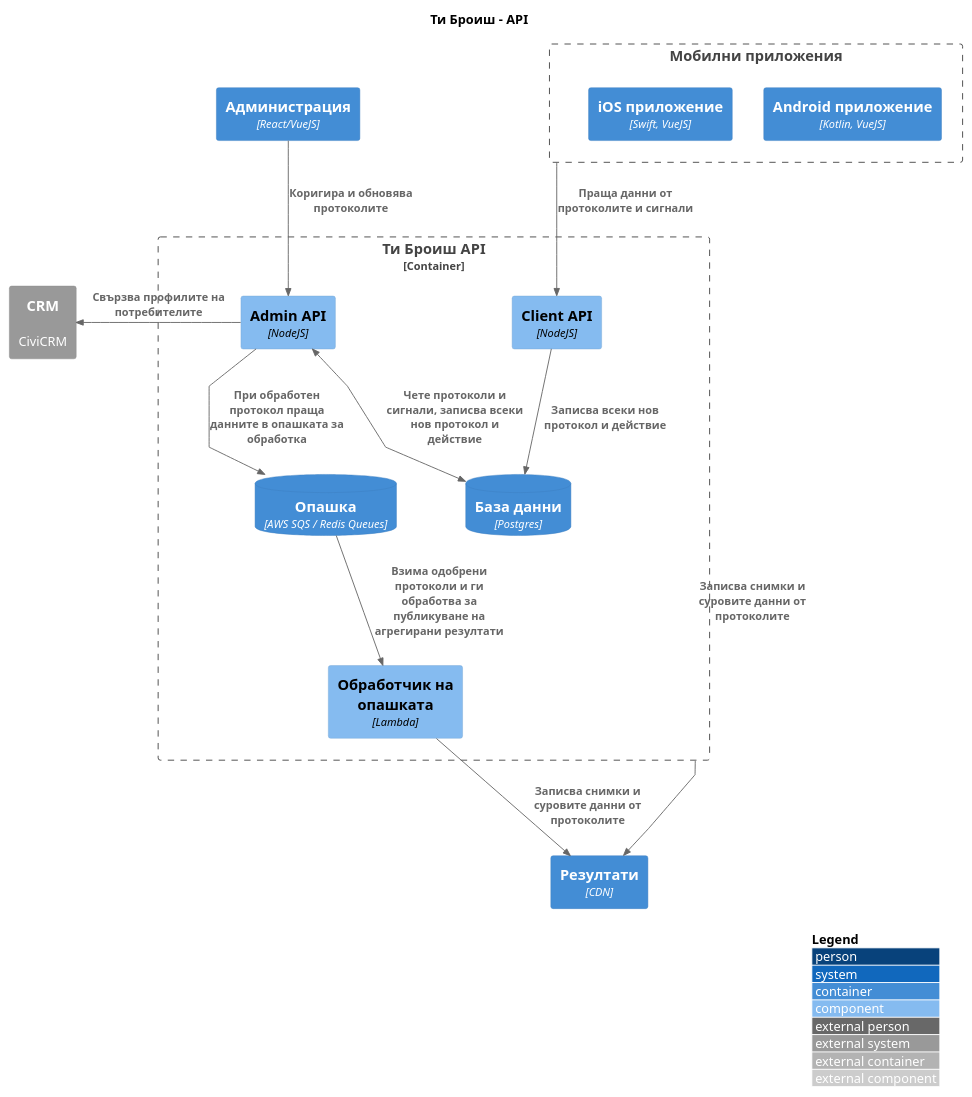
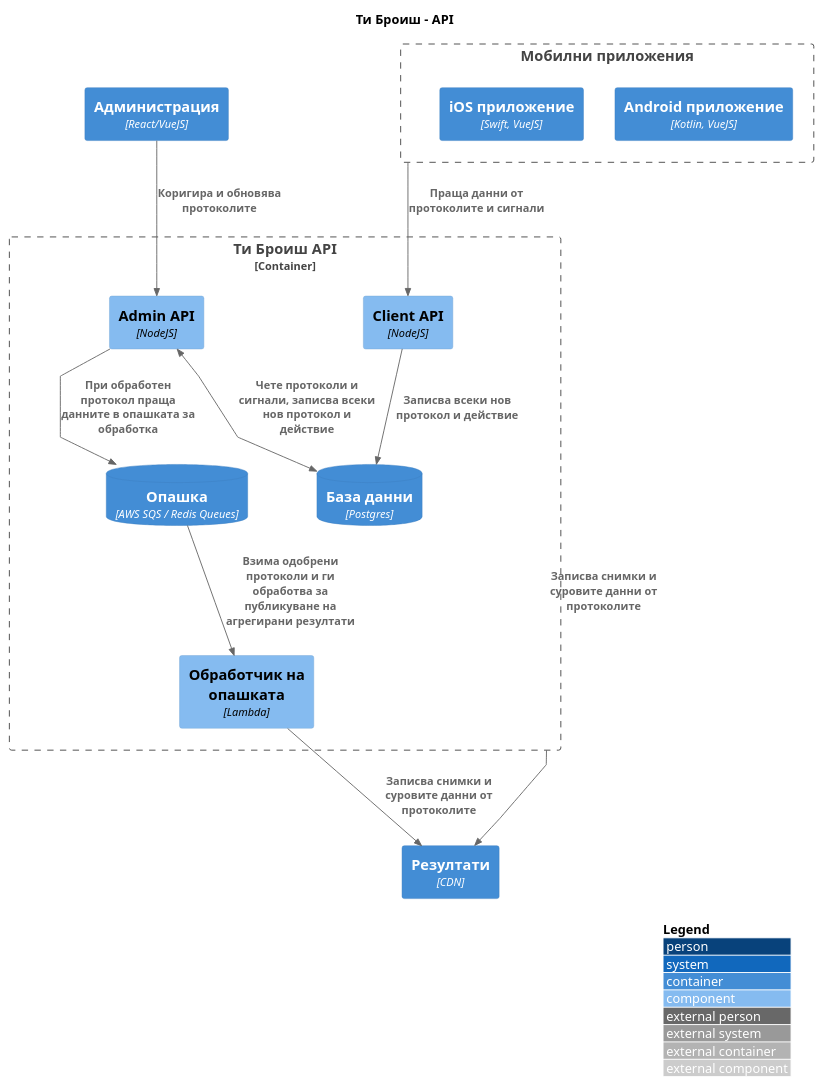
Before and after one commit to ti-broish/docs: the diagram in src/Контекст/Ти Броиш/API/1.api.puml, drawn with PlantUML. The commit also changed 3 other files, not shown here.

```diff
--- a/src/Контекст/Ти Броиш/API/1.api.puml
+++ b/src/Контекст/Ти Броиш/API/1.api.puml
@@ -1,40 +1,37 @@
 @startuml
 !include https://raw.githubusercontent.com/adrianvlupu/C4-PlantUML/latest/C4_Component.puml
 
 LAYOUT_WITH_LEGEND()
 
 skinparam linetype polyline
 
 title Ти Броиш - API
 
 Container_Boundary(api, "Ти Броиш API") {
     Component(client_api, "Client API", "NodeJS")
     Component(admin_api, "Admin API", "NodeJS")
     ContainerDb(db, "База данни", "Postgres")
     ContainerDb(queue, "Опашка", "AWS SQS / Redis Queues")
     Component(worker, "Обработчик на опашката", "Lambda")
 
     Rel(client_api, db, "Записва всеки нов протокол и действие")
     BiRel(admin_api, db, "Чете протоколи и сигнали, записва всеки нов протокол и действие")
     Rel(admin_api, queue, "При обработен протокол праща данните в опашката за обработка")
     Rel(queue, worker, "Взима одобрени протоколи и ги обработва за публикуване на агрегирани резултати")
 }
 
 Boundary(mobile_clients, "Мобилни приложения") {
     Container(android_client, "Android приложение", "Kotlin, VueJS")
     Container(ios_client, "iOS приложение", "Swift, VueJS")
 }
 
 Container(admin_client, "Администрация", "React/VueJS")
 
 Container(results, "Резултати", "CDN")
 
 Rel(api, results, "Записва снимки и суровите данни от протоколите")
 Rel(mobile_clients, client_api, "Праща данни от протоколите и сигнали")
 Rel(admin_client, admin_api, "Коригира и обновява протоколите")
 Rel(worker, results, "Записва снимки и суровите данни от протоколите")
 
-System_Ext(crm, "CRM", "CiviCRM")
-Rel_Left(admin_api, crm, "Свързва профилите на потребителите")
-
 @enduml
```
